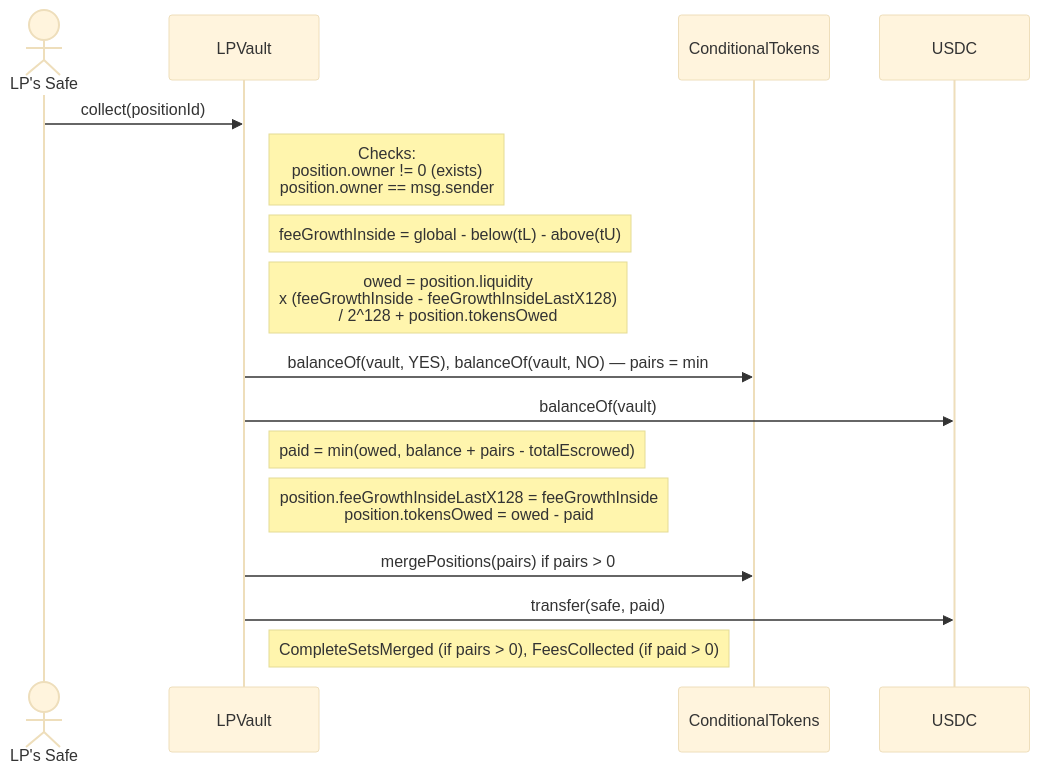
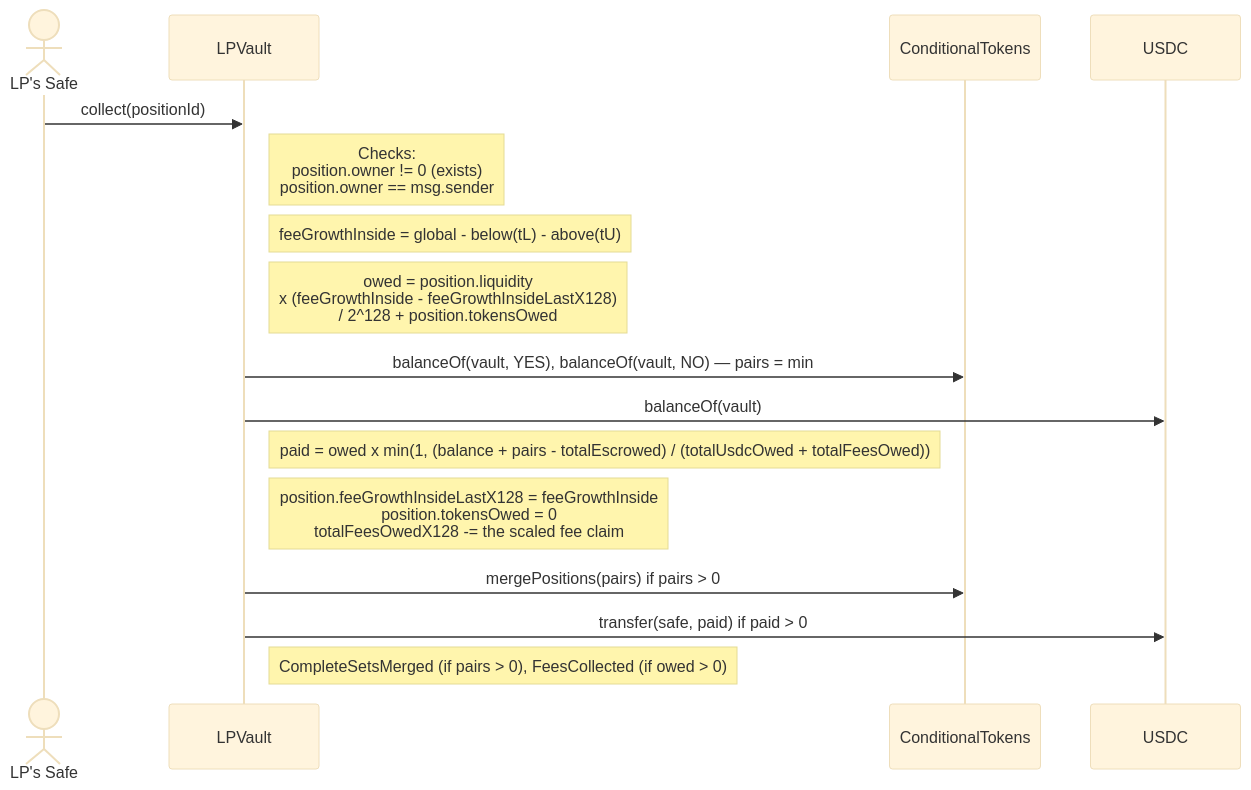
Before and after one commit to ProphetMarket/lp-vaults: diagram 11 of 33 in REFERENCE.md, drawn with Mermaid (base theme). The commit also changed other lines of this file and 3 other files, not shown here.

````diff
--- a/REFERENCE.md
+++ b/REFERENCE.md
@@ -558,19 +562,19 @@
 ```mermaid
 sequenceDiagram
     actor Safe as LP's Safe
     participant Vault as LPVault
     participant CTF as ConditionalTokens
     participant USDC
 
     Safe->>Vault: collect(positionId)
     Note right of Vault: Checks:<br/>position.owner != 0 (exists)<br/>position.owner == msg.sender
     Note right of Vault: feeGrowthInside = global - below(tL) - above(tU)
     Note right of Vault: owed = position.liquidity<br/>    x (feeGrowthInside - feeGrowthInsideLastX128)<br/>    / 2^128 + position.tokensOwed
     Vault->>CTF: balanceOf(vault, YES), balanceOf(vault, NO) — pairs = min
     Vault->>USDC: balanceOf(vault)
-    Note right of Vault: paid = min(owed, balance + pairs - totalEscrowed)
-    Note right of Vault: position.feeGrowthInsideLastX128 = feeGrowthInside<br/>position.tokensOwed = owed - paid
+    Note right of Vault: paid = owed x min(1, (balance + pairs - totalEscrowed) / (totalUsdcOwed + totalFeesOwed))
+    Note right of Vault: position.feeGrowthInsideLastX128 = feeGrowthInside<br/>position.tokensOwed = 0<br/>totalFeesOwedX128 -= the scaled fee claim
     Vault->>CTF: mergePositions(pairs) if pairs > 0
-    Vault->>USDC: transfer(safe, paid)
-    Note right of Vault: CompleteSetsMerged (if pairs > 0), FeesCollected (if paid > 0)
+    Vault->>USDC: transfer(safe, paid) if paid > 0
+    Note right of Vault: CompleteSetsMerged (if pairs > 0), FeesCollected (if owed > 0)
 ```
````
